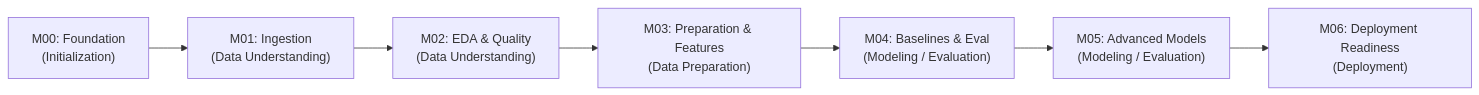
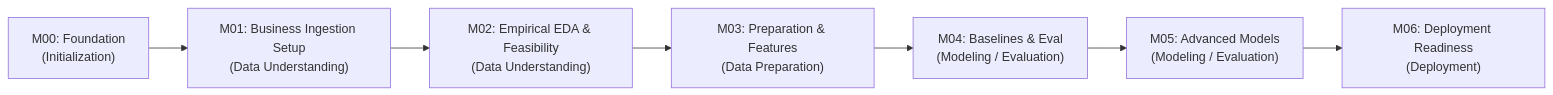
The first of 2 diagrams in README.md (kien3007/PropensityModel), drawn with Mermaid before and after one commit. The commit also changed other lines of this file and 6 other files, not shown here.

Commit message:
fix(m00): remediate governance to require Project Owner approval, decouple M01/M02 scopes, and formalize multi-faceted temporal architecture

````diff
--- a/README.md
+++ b/README.md
@@ -37,9 +37,9 @@
 ```mermaid
 flowchart LR
-    M00["M00: Foundation<br/>(Initialization)"] --> M01["M01: Ingestion<br/>(Data Understanding)"]
-    M01 --> M02["M02: EDA & Quality<br/>(Data Understanding)"]
+    M00["M00: Foundation<br/>(Initialization)"] --> M01["M01: Business Ingestion Setup<br/>(Data Understanding)"]
+    M01 --> M02["M02: Empirical EDA & Feasibility<br/>(Data Understanding)"]
     M02 --> M03["M03: Preparation & Features<br/>(Data Preparation)"]
     M03 --> M04["M04: Baselines & Eval<br/>(Modeling / Evaluation)"]
     M04 --> M05["M05: Advanced Models<br/>(Modeling / Evaluation)"]
     M05 --> M06["M06: Deployment Readiness<br/>(Deployment)"]
 ```
````
